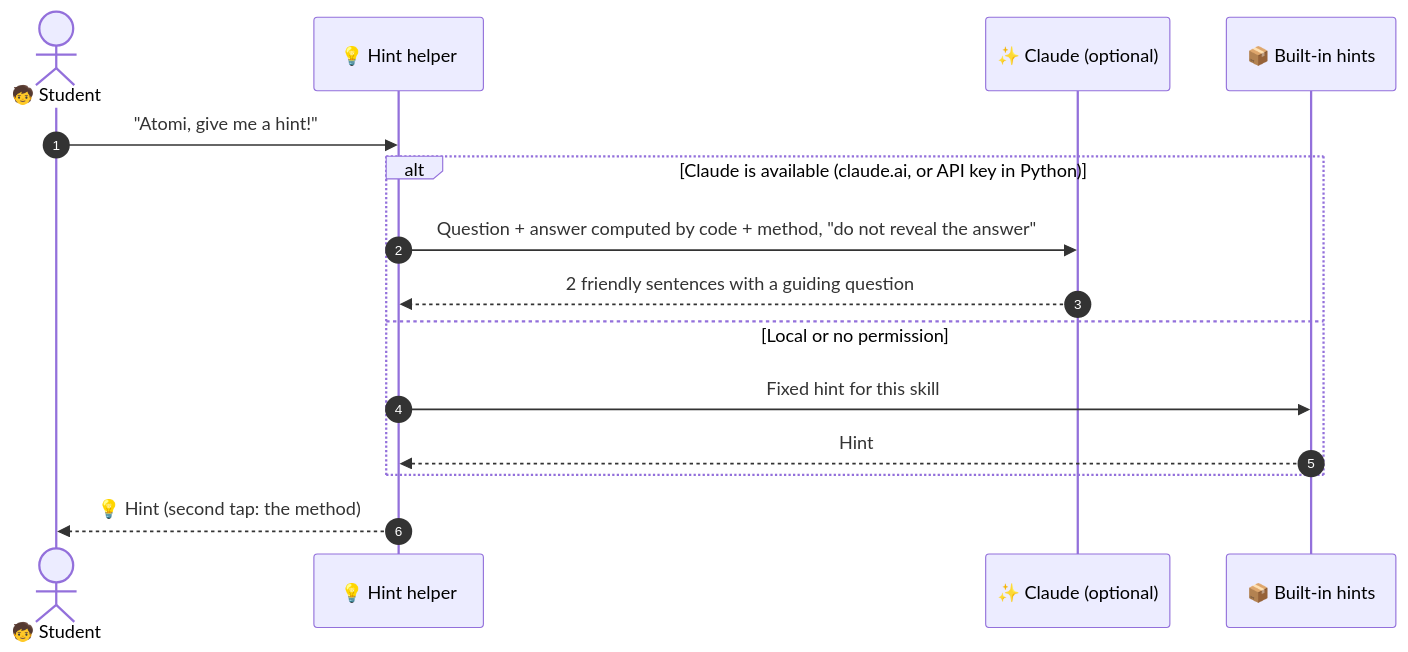
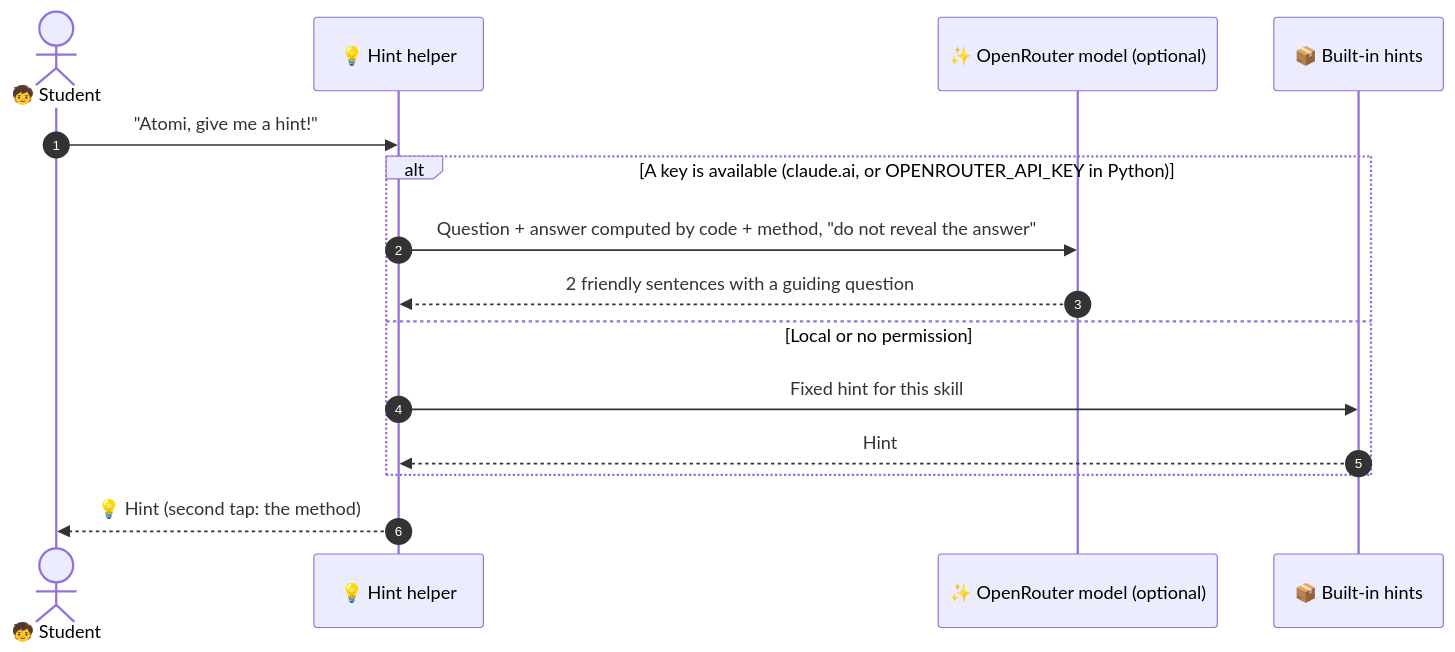
The third of 6 diagrams in docs/technical-flow.md (RezaurRahman47/SchoolHack), drawn with Mermaid before and after one commit. The commit also changed other lines of this file and 11 other files, not shown here.

First line of the commit message:
refactor(chat): always call the OpenRouter model first, drop Claude

````diff
--- a/docs/technical-flow.md
+++ b/docs/technical-flow.md
@@ -99,18 +99,18 @@
 ```mermaid
 sequenceDiagram
     autonumber
     actor S as 🧒 Student
     participant H as 💡 Hint helper
-    participant C as ✨ Claude (optional)
+    participant C as ✨ OpenRouter model (optional)
     participant F as 📦 Built-in hints
 
     S->>H: "Atomi, give me a hint!"
-    alt Claude is available (claude.ai, or API key in Python)
+    alt A key is available (claude.ai, or OPENROUTER_API_KEY in Python)
         H->>C: Question + answer computed by code + method, "do not reveal the answer"
         C-->>H: 2 friendly sentences with a guiding question
     else Local or no permission
         H->>F: Fixed hint for this skill
         F-->>H: Hint
     end
     H-->>S: 💡 Hint (second tap: the method)
 ```
````
